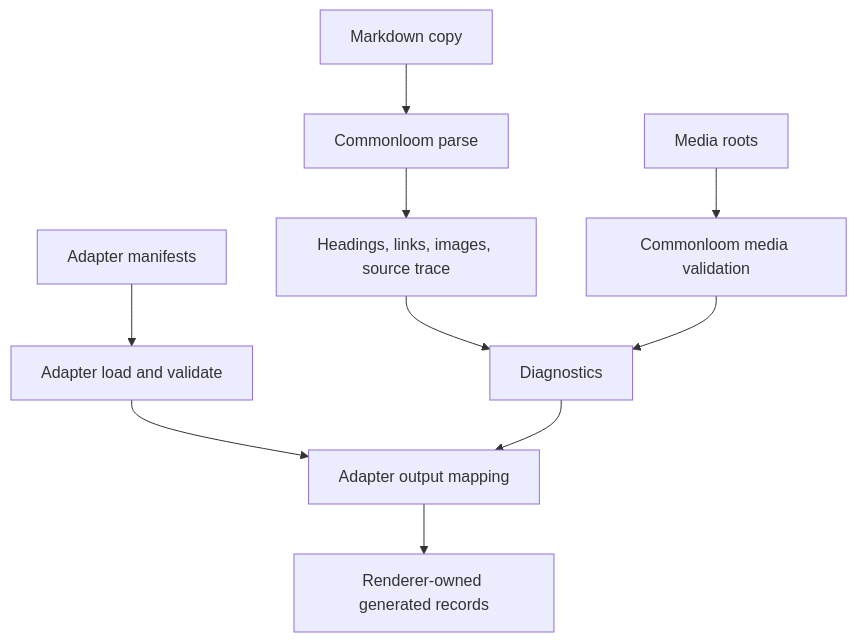
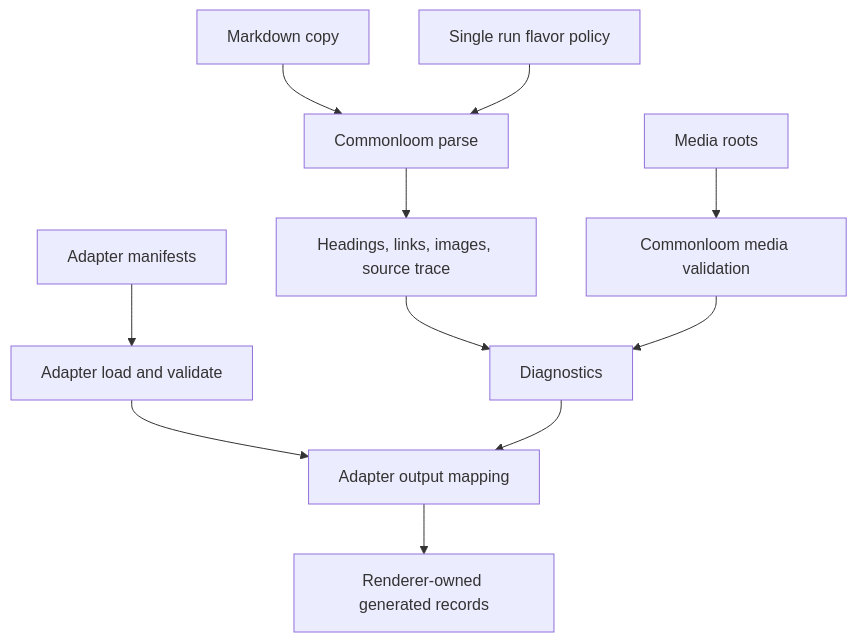
One commit to alisonaquinas/commonloom changed the diagram in docs/architecture/Commonloom Architecture.md. Above: the diagram before and after it, drawn with Mermaid. The commit also changed other lines of this file and 12 other files, not shown here.

````diff
--- a/docs/architecture/Commonloom Architecture.md
+++ b/docs/architecture/Commonloom Architecture.md
@@ -30,12 +30,13 @@
 ```mermaid
 flowchart TD
   Copy["Markdown copy"] --> Parse["Commonloom parse"]
+  Flavor["Single run flavor policy"] --> Parse
   Manifest["Adapter manifests"] --> Load["Adapter load and validate"]
   Media["Media roots"] --> Resolve["Commonloom media validation"]
   Parse --> Trace["Headings, links, images, source trace"]
   Trace --> Validate["Diagnostics"]
   Resolve --> Validate
   Load --> Adapter["Adapter output mapping"]
   Validate --> Adapter
   Adapter --> Generated["Renderer-owned generated records"]
 ```
````
